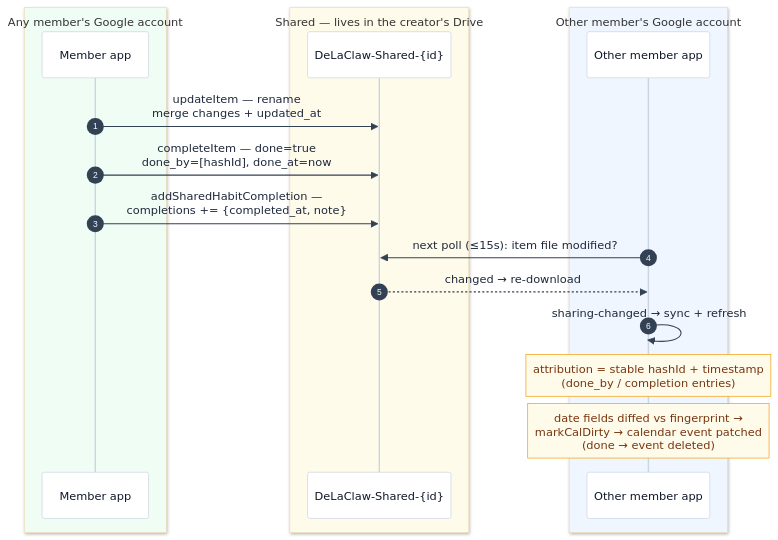
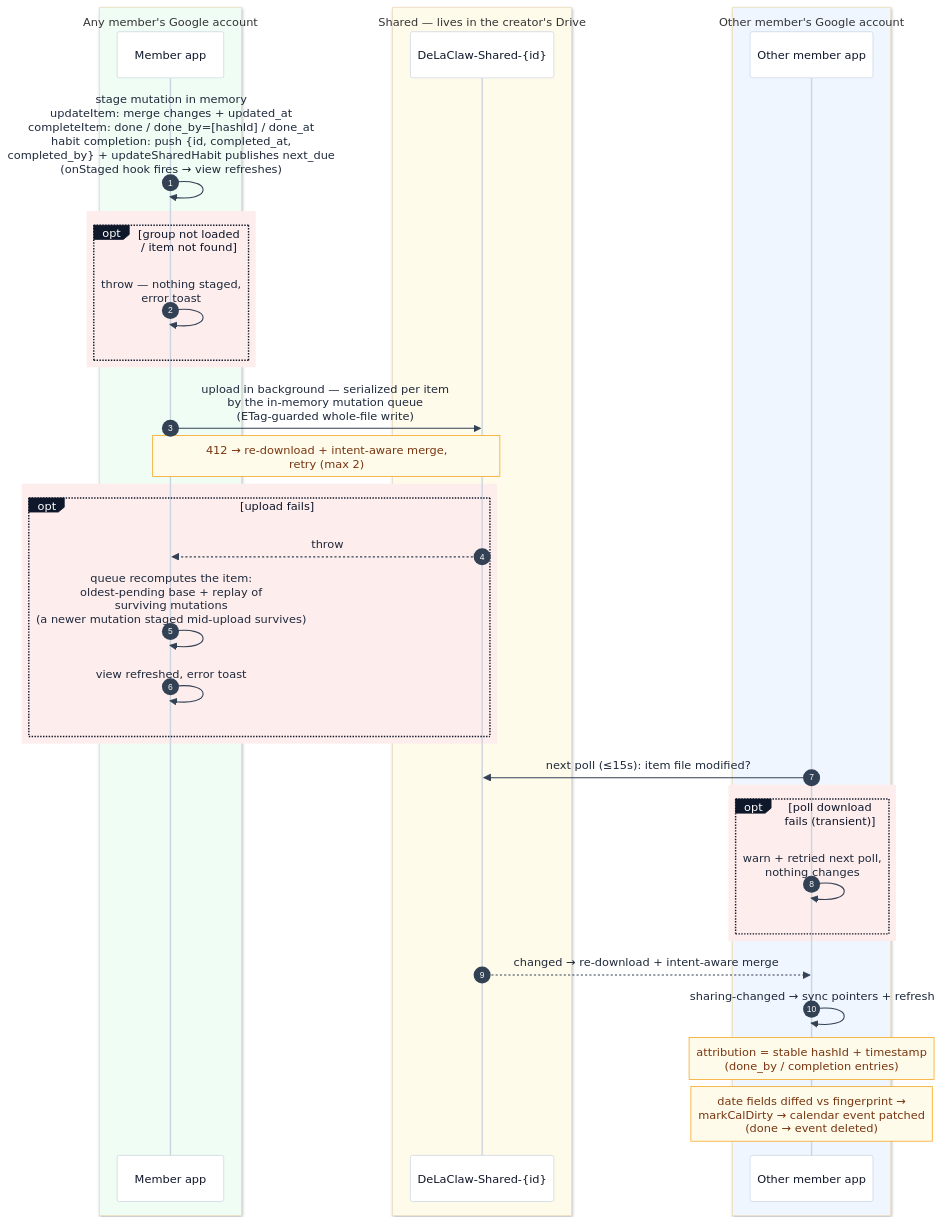
One commit to AntGro/DeLaClaw changed the seventh of 14 diagrams in docs-site/sharing.md. Above: the diagram before and after it, drawn with Mermaid. The commit also changed other lines of this file and 18 other files, not shown here.

First line of the commit message:
feat(sharing): optimistic mutations, gated account wipe, diagram conventions

````diff
--- a/docs-site/sharing.md
+++ b/docs-site/sharing.md
@@ -302,23 +322,40 @@
 ```mermaid
 %%{init: {'theme': 'base', 'themeVariables': {'background': '#fbfaf8', 'actorBkg': '#ffffff', 'actorBorder': '#cbd5e1', 'actorTextColor': '#0f172a', 'actorLineColor': '#cbd5e1', 'signalColor': '#334155', 'signalTextColor': '#1e293b', 'noteBkgColor': '#fffbeb', 'noteBorderColor': '#f59e0b', 'noteTextColor': '#78350f', 'labelBoxBkgColor': '#0f172a', 'labelBoxBorderColor': '#0f172a', 'labelTextColor': '#ffffff'}}}%%
 sequenceDiagram
     autonumber
     box rgb(240,253,244) Any member's Google account
     participant MA as Member app
     end
     box rgb(255,251,235) Shared — lives in the creator's Drive
     participant SF as DeLaClaw-Shared-{id}
     end
     box rgb(239,246,255) Other member's Google account
     participant OA as Other member app
     end
 
-    MA->>SF: updateItem — rename<br/>merge changes + updated_at
-    MA->>SF: completeItem — done=true<br/>done_by=[hashId], done_at=now
-    MA->>SF: addSharedHabitCompletion —<br/>completions += {completed_at, note}
+    MA->>MA: stage mutation in memory<br/>updateItem: merge changes + updated_at<br/>completeItem: done / done_by=[hashId] / done_at<br/>habit completion: push {id, completed_at,<br/>completed_by} + updateSharedHabit publishes next_due<br/>(onStaged hook fires → view refreshes)
+    rect rgb(253, 237, 236)
+    opt group not loaded / item not found
+        MA->>MA: throw — nothing staged,<br/>error toast
+    end
+    end
+    MA->>SF: upload in background — serialized per item<br/>by the in-memory mutation queue<br/>(ETag-guarded whole-file write)
+    Note over MA,SF: 412 → re-download + intent-aware merge,<br/>retry (max 2)
+    rect rgb(253, 237, 236)
+    opt upload fails
+        SF-->>MA: throw
+        MA->>MA: queue recomputes the item:<br/>oldest-pending base + replay of<br/>surviving mutations<br/>(a newer mutation staged mid-upload survives)
+        MA->>MA: view refreshed, error toast
+    end
+    end
     OA->>SF: next poll (≤15s): item file modified?
-    SF-->>OA: changed → re-download
-    OA->>OA: sharing-changed → sync + refresh
+    rect rgb(253, 237, 236)
+    opt poll download fails (transient)
+        OA->>OA: warn + retried next poll,<br/>nothing changes
+    end
+    end
+    SF-->>OA: changed → re-download + intent-aware merge
+    OA->>OA: sharing-changed → sync pointers + refresh
     Note over OA: attribution = stable hashId + timestamp<br/>(done_by / completion entries)
     Note over OA: date fields diffed vs fingerprint →<br/>markCalDirty → calendar event patched<br/>(done → event deleted)
 ```
````
